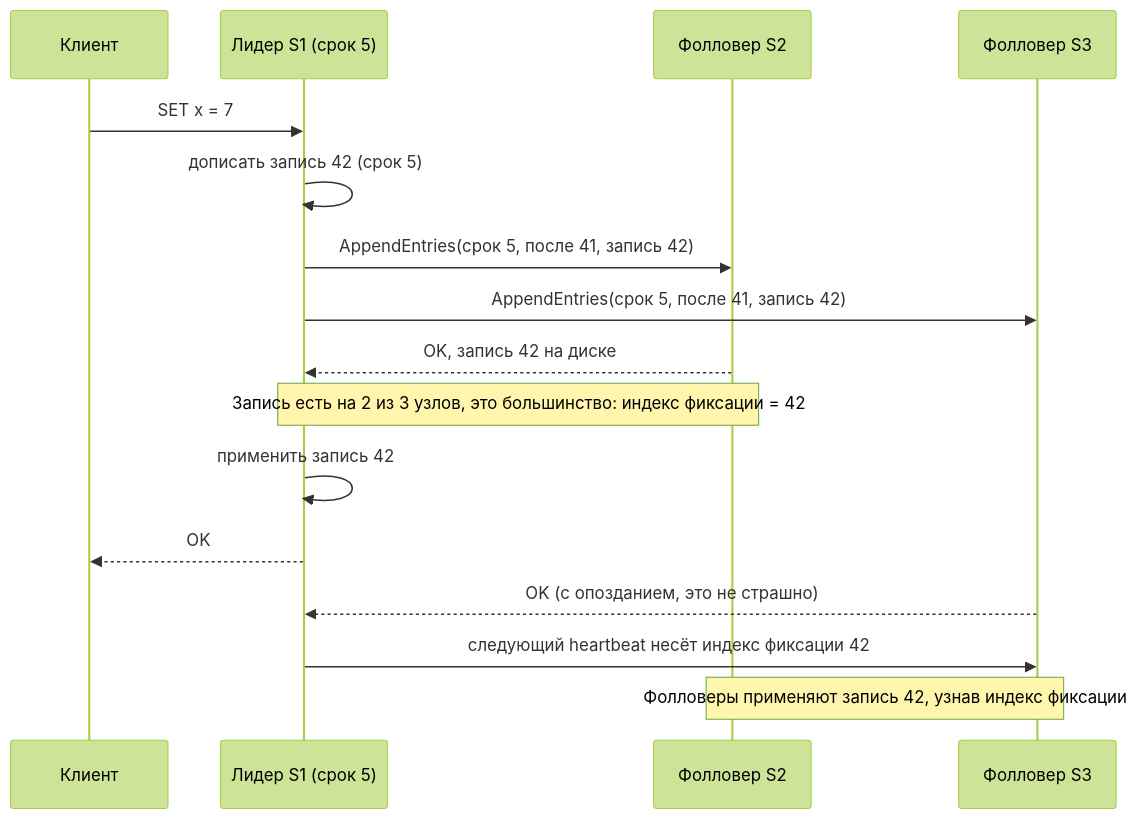
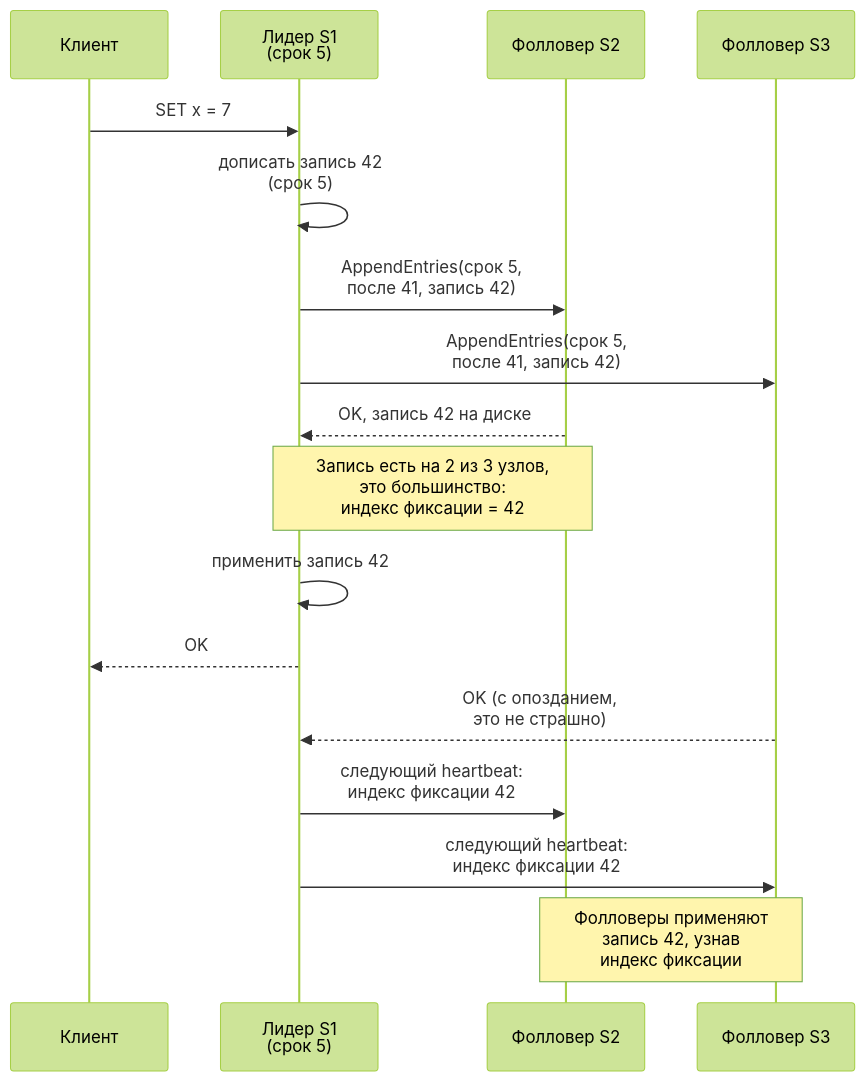
Before and after one commit to butyavk/system-design: the first of 2 diagrams in src/content/docs/ru/fundamentals/consensus-and-coordination.mdx, drawn with Mermaid (forest theme). The commit also changed other lines of this file and 144 other files, not shown here.

````diff
--- a/src/content/docs/ru/fundamentals/consensus-and-coordination.mdx
+++ b/src/content/docs/ru/fundamentals/consensus-and-coordination.mdx
@@ -58,18 +58,19 @@
 ```mermaid
 sequenceDiagram
   participant C as Клиент
-  participant L as Лидер S1 (срок 5)
+  participant L as Лидер S1<br/>(срок 5)
   participant F2 as Фолловер S2
   participant F3 as Фолловер S3
   C->>L: SET x = 7
-  L->>L: дописать запись 42 (срок 5)
-  L->>F2: AppendEntries(срок 5, после 41, запись 42)
-  L->>F3: AppendEntries(срок 5, после 41, запись 42)
+  L->>L: дописать запись 42<br/>(срок 5)
+  L->>F2: AppendEntries(срок 5,<br/>после 41, запись 42)
+  L->>F3: AppendEntries(срок 5,<br/>после 41, запись 42)
   F2-->>L: OK, запись 42 на диске
-  Note over L,F2: Запись есть на 2 из 3 узлов, это большинство: индекс фиксации = 42
+  Note over L,F2: Запись есть на 2 из 3 узлов,<br/>это большинство:<br/>индекс фиксации = 42
   L->>L: применить запись 42
   L-->>C: OK
-  F3-->>L: OK (с опозданием, это не страшно)
-  L->>F3: следующий heartbeat несёт индекс фиксации 42
-  Note over F2,F3: Фолловеры применяют запись 42, узнав индекс фиксации
+  F3-->>L: OK (с опозданием,<br/>это не страшно)
+  L->>F2: следующий heartbeat:<br/>индекс фиксации 42
+  L->>F3: следующий heartbeat:<br/>индекс фиксации 42
+  Note over F2,F3: Фолловеры применяют<br/>запись 42, узнав<br/>индекс фиксации
 ```
````
